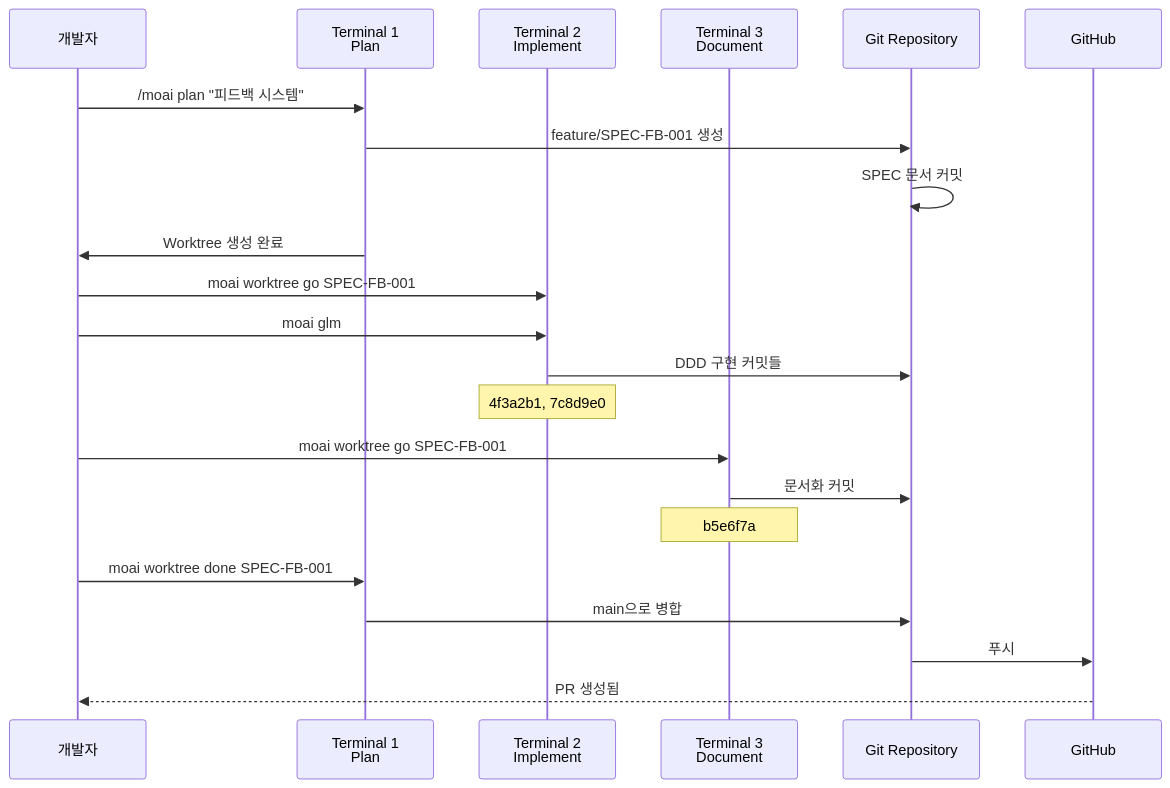
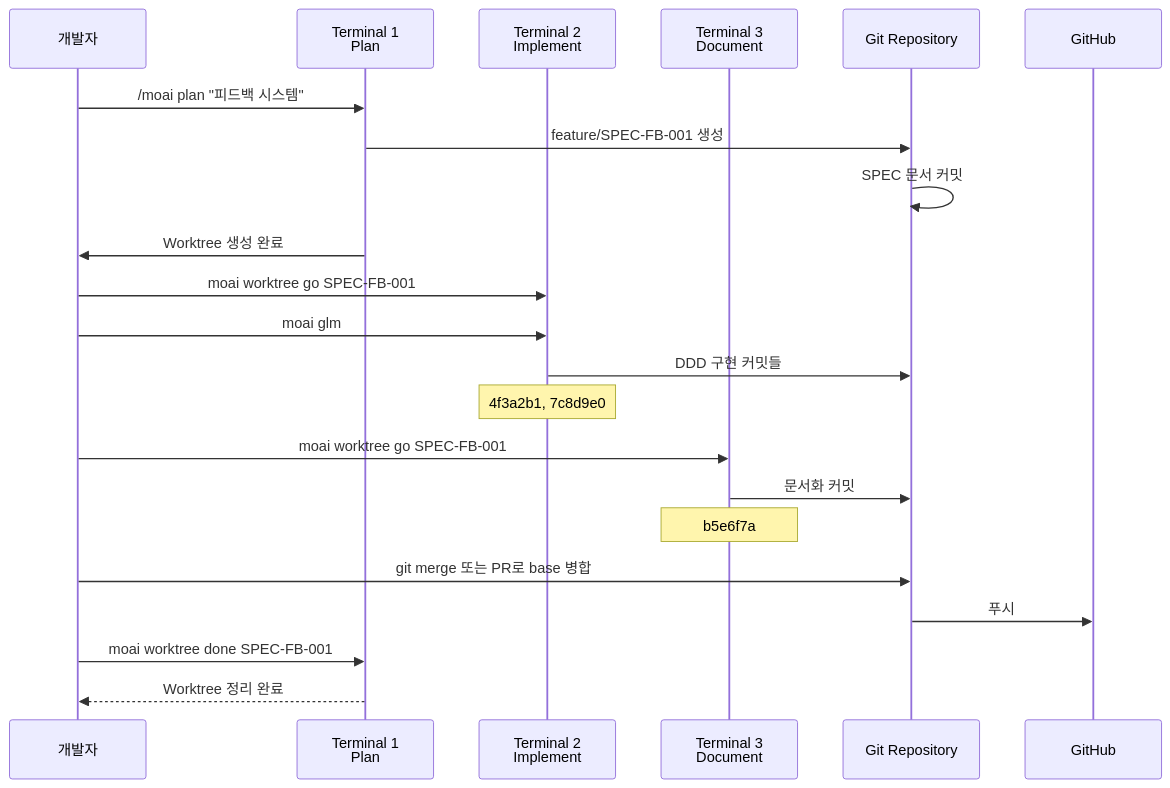
Before and after one commit to modu-ai/moai-adk: the fourth of 4 diagrams in docs-site/content/ko/worktree/examples.md, drawn with Mermaid. The commit also changed other lines of this file and 180 other files, not shown here.

````diff
--- a/docs-site/content/ko/worktree/examples.md
+++ b/docs-site/content/ko/worktree/examples.md
@@ -490,28 +469,28 @@
 ```mermaid
 sequenceDiagram
     participant Dev as 개발자
     participant T1 as Terminal 1<br/>Plan
     participant T2 as Terminal 2<br/>Implement
     participant T3 as Terminal 3<br/>Document
     participant Git as Git Repository
     participant Remote as GitHub
 
     Dev->>T1: /moai plan "피드백 시스템"
     T1->>Git: feature/SPEC-FB-001 생성
     Git->>Git: SPEC 문서 커밋
     T1->>Dev: Worktree 생성 완료
 
     Dev->>T2: moai worktree go SPEC-FB-001
     Dev->>T2: moai glm
     T2->>Git: DDD 구현 커밋들
     Note over T2: 4f3a2b1, 7c8d9e0
 
     Dev->>T3: moai worktree go SPEC-FB-001
     T3->>Git: 문서화 커밋
     Note over T3: b5e6f7a
 
+    Dev->>Git: git merge 또는 PR로 base 병합
+    Git->>Remote: 푸시
     Dev->>T1: moai worktree done SPEC-FB-001
-    T1->>Git: main으로 병합
-    Git->>Remote: 푸시
-    Remote-->>Dev: PR 생성됨
+    T1-->>Dev: Worktree 정리 완료
 ```
````
